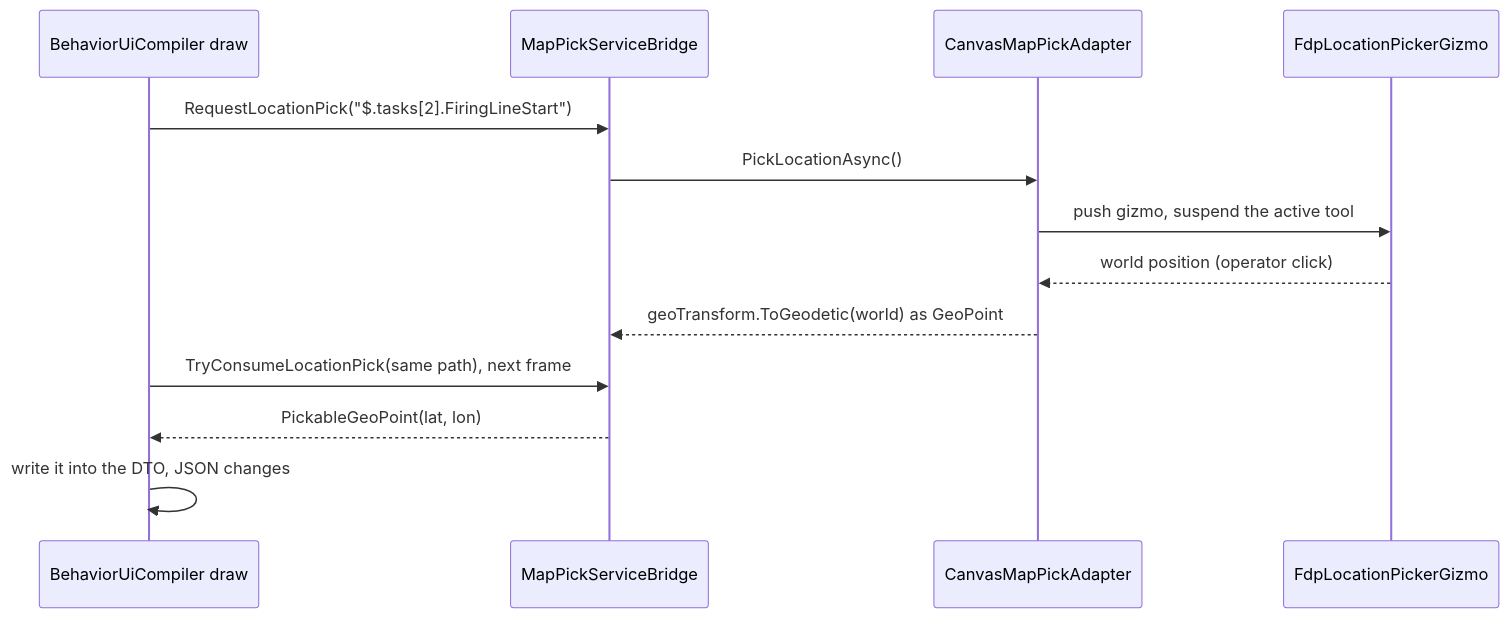
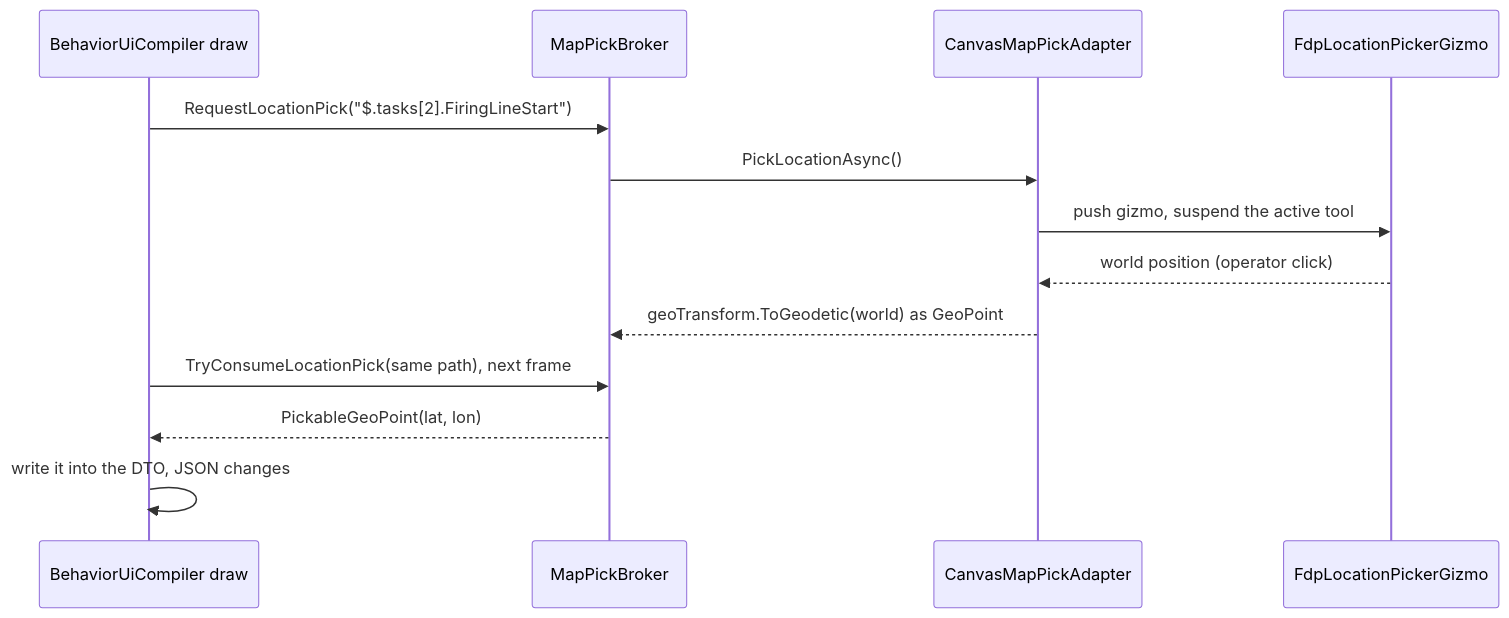
Before and after one commit to pjanec/HROT: the second of 3 diagrams in docs/blueprints/DESIGN_Map_Picking_Unification.md, drawn with Mermaid. The commit also changed other lines of this file and 31 other files, not shown here.

````diff
--- a/docs/blueprints/DESIGN_Map_Picking_Unification.md
+++ b/docs/blueprints/DESIGN_Map_Picking_Unification.md
@@ -101,15 +101,15 @@
 ```mermaid
 sequenceDiagram
   participant D as BehaviorUiCompiler draw
-  participant B as MapPickServiceBridge
+  participant B as MapPickBroker
   participant S as CanvasMapPickAdapter
   participant G as FdpLocationPickerGizmo
   D->>B: RequestLocationPick("$.tasks[2].FiringLineStart")
   B->>S: PickLocationAsync()
   S->>G: push gizmo, suspend the active tool
   G-->>S: world position (operator click)
   S-->>B: geoTransform.ToGeodetic(world) as GeoPoint
   D->>B: TryConsumeLocationPick(same path), next frame
   B-->>D: PickableGeoPoint(lat, lon)
   D->>D: write it into the DTO, JSON changes
 ```
````
